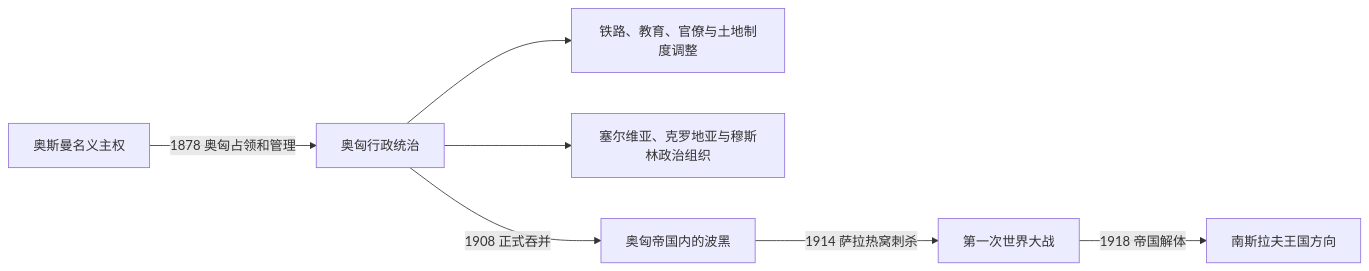
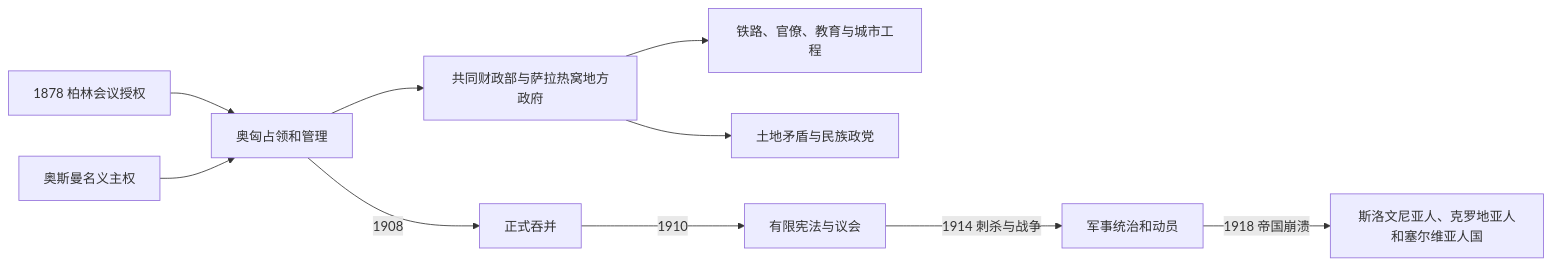
Before and after one commit to tianlan-dev/learning-notes: the diagram in 人文科学/历史/欧洲/东南欧与巴尔干/波斯尼亚和黑塞哥维那/奥匈统治下的波斯尼亚和黑塞哥维那.md, drawn with Mermaid. The commit also changed other lines of this file and 1417 other files, not shown here.

````diff
--- a/人文科学/历史/欧洲/东南欧与巴尔干/波斯尼亚和黑塞哥维那/奥匈统治下的波斯尼亚和黑塞哥维那.md
+++ b/人文科学/历史/欧洲/东南欧与巴尔干/波斯尼亚和黑塞哥维那/奥匈统治下的波斯尼亚和黑塞哥维那.md
@@ -17,9 +15,12 @@
 ```mermaid
 flowchart LR
-  Ottoman["奥斯曼名义主权"] -->|"1878 奥匈占领和管理"| Occupation["奥匈行政统治"]
-  Occupation --> Reform["铁路、教育、官僚与土地制度调整"]
-  Occupation --> National["塞尔维亚、克罗地亚与穆斯林政治组织"]
-  Occupation -->|"1908 正式吞并"| Annexation["奥匈帝国内的波黑"]
-  Annexation -->|"1914 萨拉热窝刺杀"| WWI["第一次世界大战"]
-  WWI -->|"1918 帝国解体"| YugKingdom["南斯拉夫王国方向"]
+  Berlin["1878 柏林会议授权"] --> Occupation["奥匈占领和管理"]
+  Ottoman["奥斯曼名义主权"] --> Occupation
+  Occupation --> CommonMinistry["共同财政部与萨拉热窝地方政府"]
+  CommonMinistry --> Modernization["铁路、官僚、教育与城市工程"]
+  CommonMinistry --> Politics["土地矛盾与民族政党"]
+  Occupation -->|1908| Annexation["正式吞并"]
+  Annexation -->|1910| Constitution["有限宪法与议会"]
+  Constitution -->|1914 刺杀与战争| Wartime["军事统治和动员"]
+  Wartime -->|1918 帝国崩溃| SHS["斯洛文尼亚人、克罗地亚人和塞尔维亚人国"]
 ```
````
